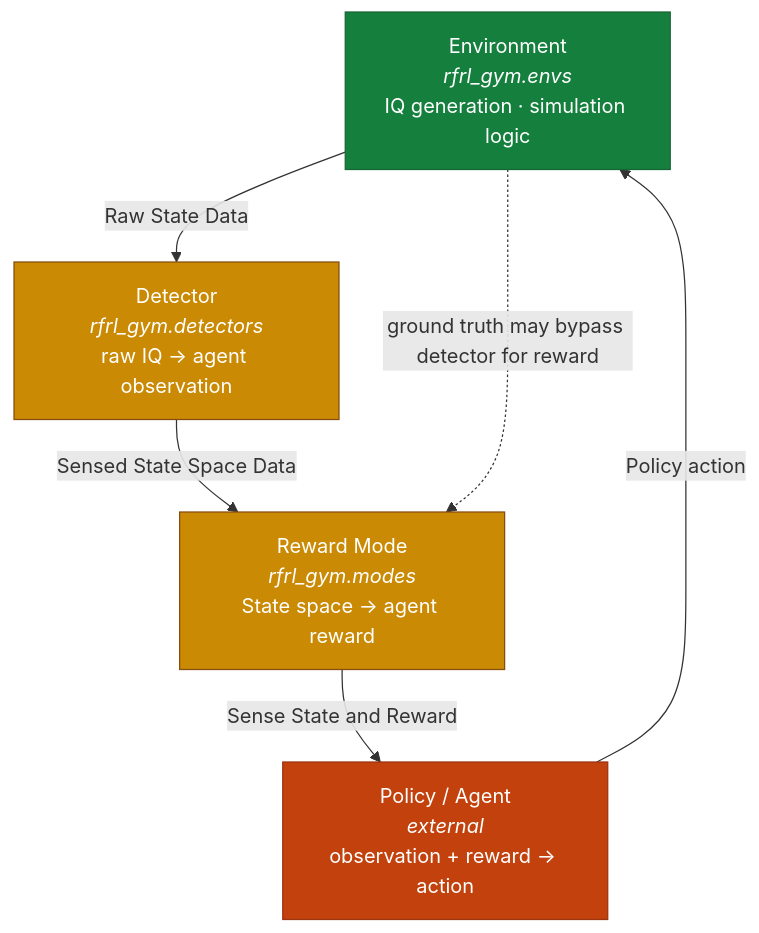
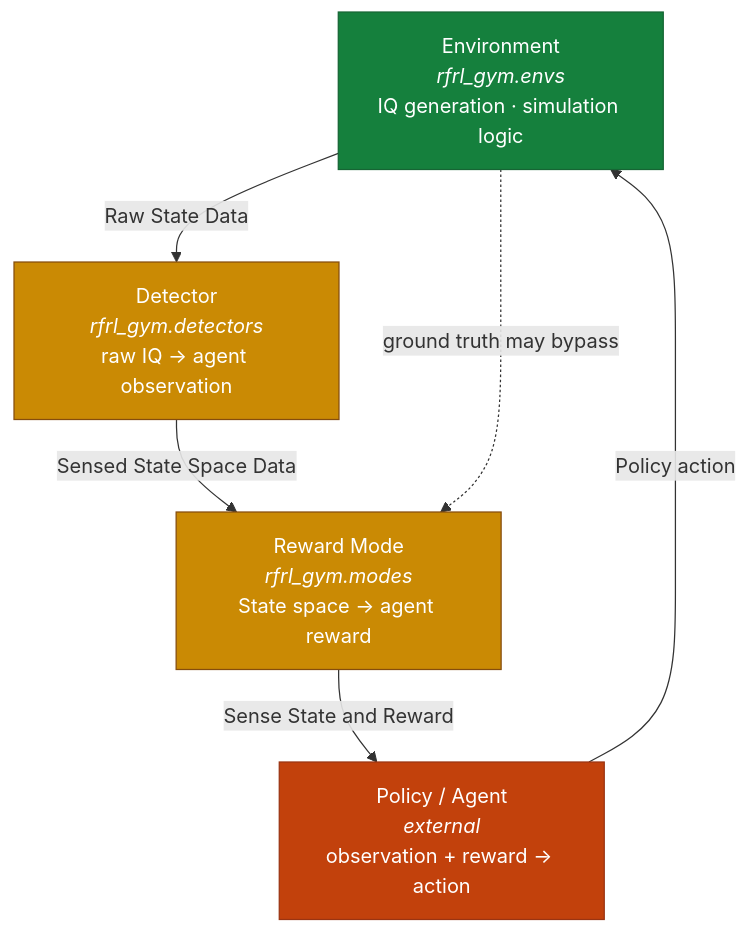
The diagram in rfrl-gym-docs/docs/api_intro.md (SLeathersII/rfrl), drawn with Mermaid before and after one commit.

Commit message:
Update diagram text for ground truth bypass
Shortened the description of the bypass in the diagram.

````diff
--- a/rfrl-gym-docs/docs/api_intro.md
+++ b/rfrl-gym-docs/docs/api_intro.md
@@ -42,18 +42,18 @@
 ```mermaid
 graph TD
     A["Environment<br/><i>rfrl_gym.envs</i><br/>IQ generation · simulation logic"]
     B["Detector<br/><i>rfrl_gym.detectors</i><br/>raw IQ → agent observation"]
     C["Reward Mode<br/><i>rfrl_gym.modes</i><br/>State space → agent reward"]
     D["Policy / Agent<br/><i>external</i><br/>observation + reward → action"]
 
     A -->|Raw State Data| B
     B -->|Sensed State Space Data| C
     C -->|Sense State and Reward| D
     D -->|Policy action| A
-    A -. "ground truth may bypass detector for reward" .-> C
+    A -. "ground truth may bypass" .-> C
 
     style A fill:#15803d,stroke:#166534,color:#fff
     style B fill:#ca8a04,stroke:#854d0e,color:#fff
     style C fill:#ca8a04,stroke:#854d0e,color:#fff
     style D fill:#c2410c,stroke:#9a3412,color:#fff
 ```
````
